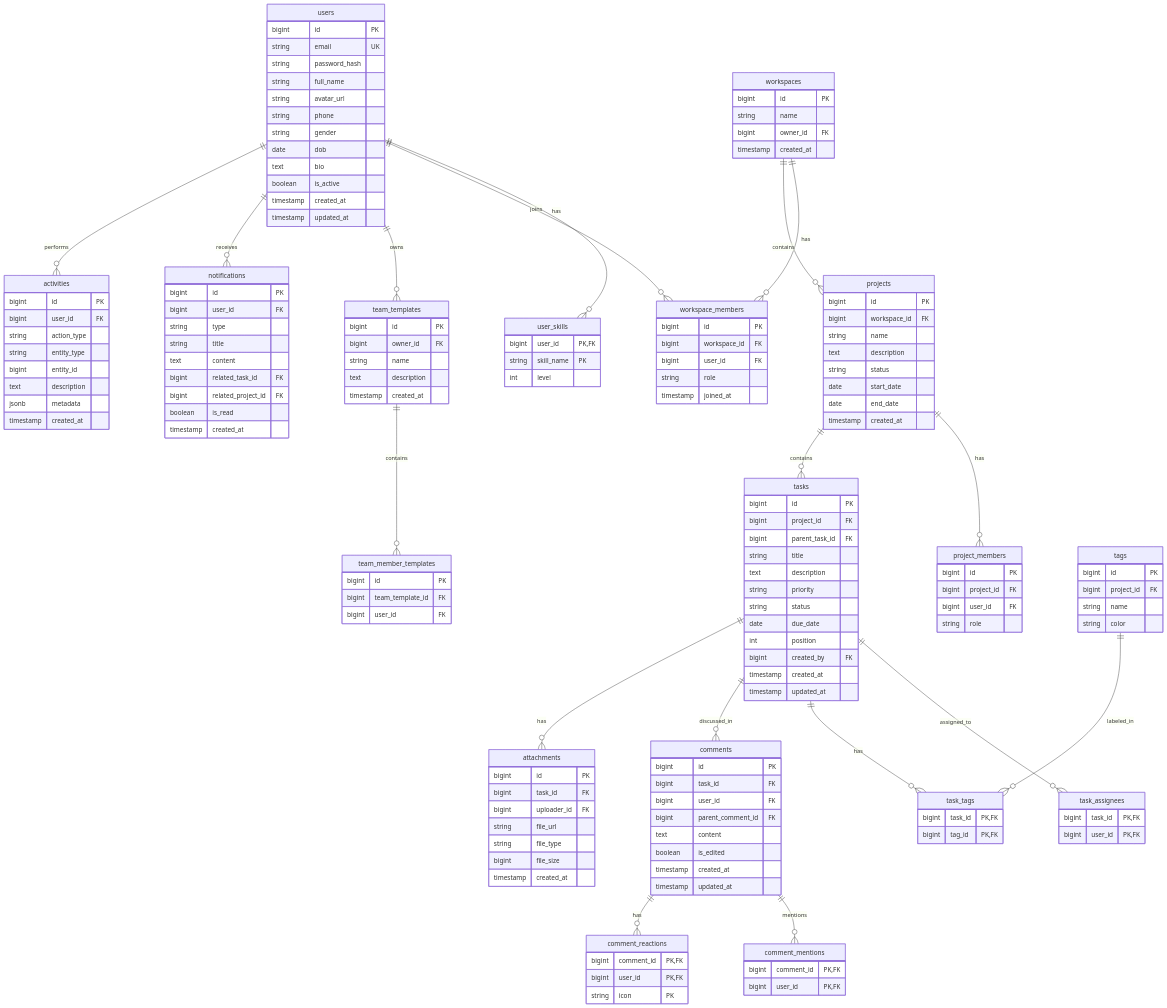
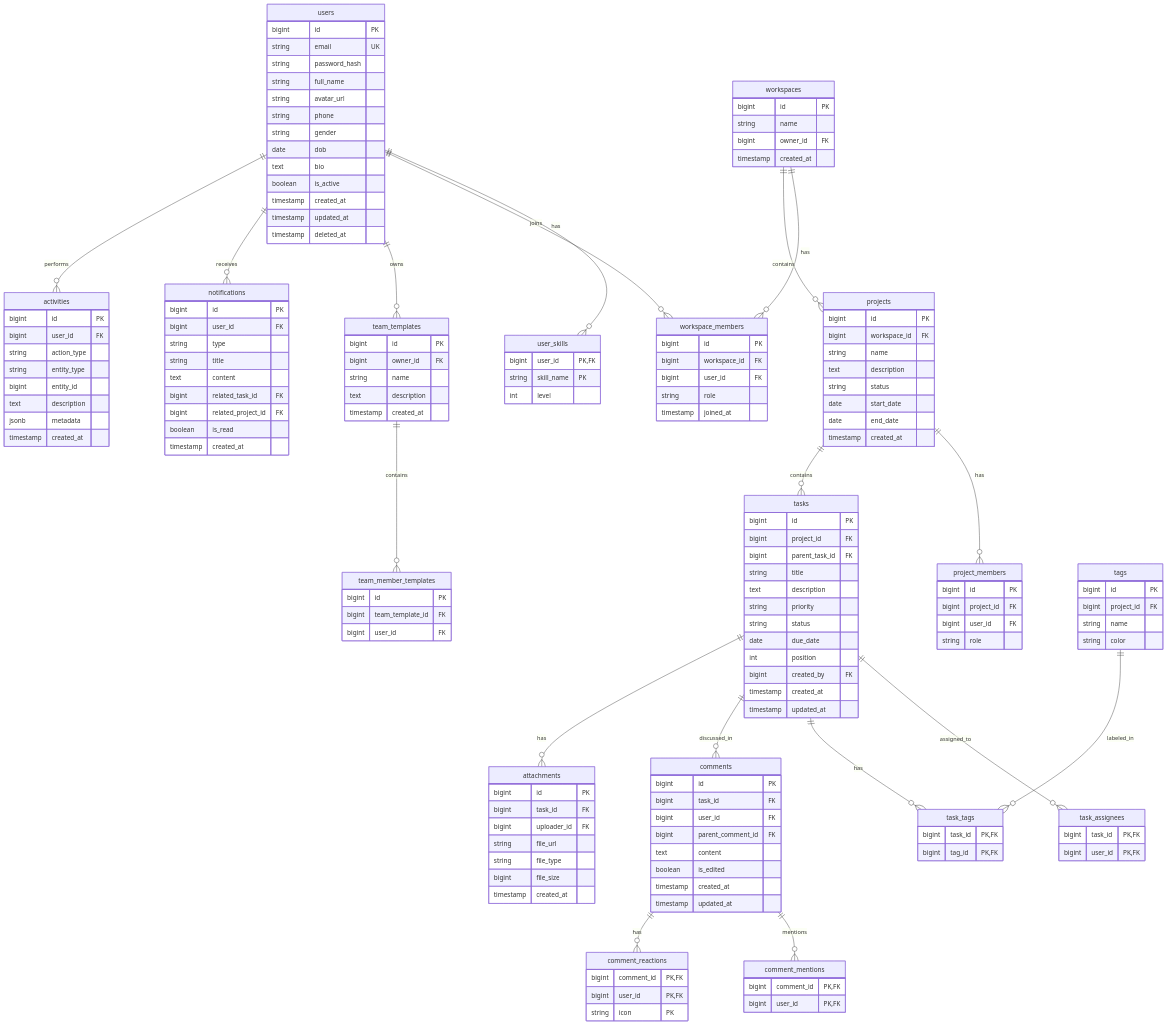
Before and after one commit to Alro127/TaskSence: the first of 2 diagrams in Documents/erd/ERD.md, drawn with Mermaid.

```diff
--- a/Documents/erd/ERD.md
+++ b/Documents/erd/ERD.md
@@ -49,6 +49,7 @@
         boolean is_active
         timestamp created_at
         timestamp updated_at
+        timestamp deleted_at
     }
 
     user_skills {
```
